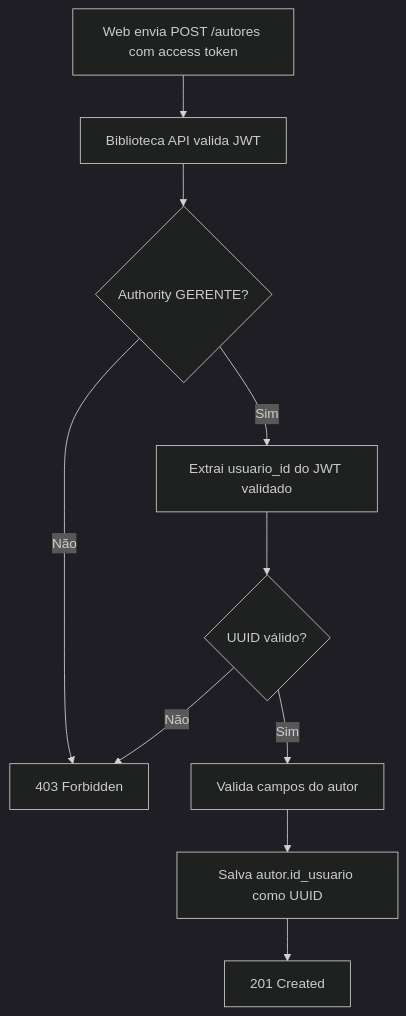
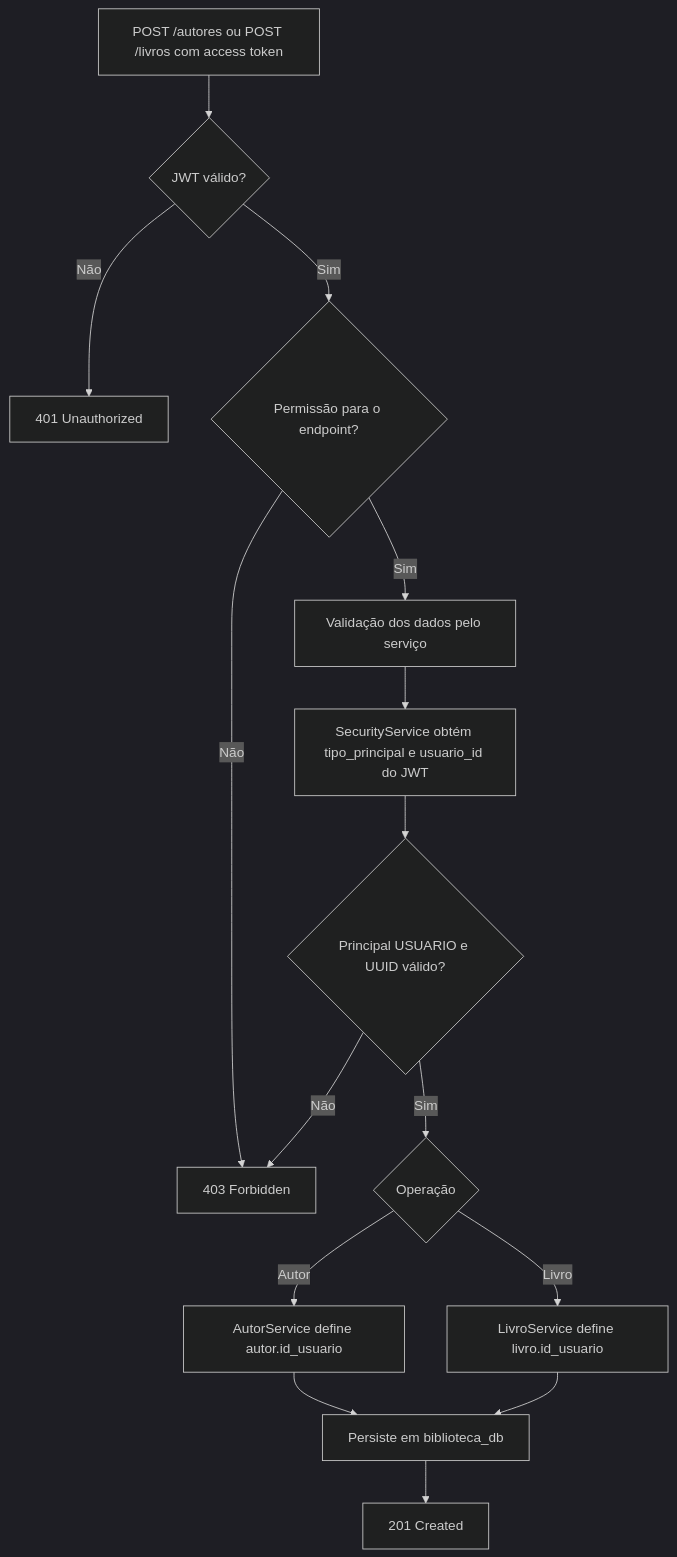
One commit to gabrielppg123/biblioteca-spring-boot changed the diagram in docs/fluxos/03-auditoria-de-cadastros.md. Above: the diagram before and after it, drawn with Mermaid (dark theme). The commit also changed other lines of this file and 16 other files, not shown here.

````diff
--- a/docs/fluxos/03-auditoria-de-cadastros.md
+++ b/docs/fluxos/03-auditoria-de-cadastros.md
@@ -3,12 +12,17 @@
 ```mermaid
 flowchart TD
-    A["Web envia POST /autores com access token"] --> B["Biblioteca API valida JWT"]
-    B --> C{"Authority GERENTE?"}
-    C -->|Não| D["403 Forbidden"]
-    C -->|Sim| E["Extrai usuario_id do JWT validado"]
-    E --> F{"UUID válido?"}
-    F -->|Não| D
-    F -->|Sim| G["Valida campos do autor"]
-    G --> H["Salva autor.id_usuario como UUID"]
-    H --> I["201 Created"]
+    A["POST /autores ou POST /livros com access token"] --> B{"JWT válido?"}
+    B -->|Não| C["401 Unauthorized"]
+    B -->|Sim| D{"Permissão para o endpoint?"}
+    D -->|Não| E["403 Forbidden"]
+    D -->|Sim| F["Validação dos dados pelo serviço"]
+    F --> G["SecurityService obtém tipo_principal e usuario_id do JWT"]
+    G --> H{"Principal USUARIO e UUID válido?"}
+    H -->|Não| E
+    H -->|Sim| I{"Operação"}
+    I -->|Autor| J["AutorService define autor.id_usuario"]
+    I -->|Livro| K["LivroService define livro.id_usuario"]
+    J --> L["Persiste em biblioteca_db"]
+    K --> L
+    L --> M["201 Created"]
 ```
````
